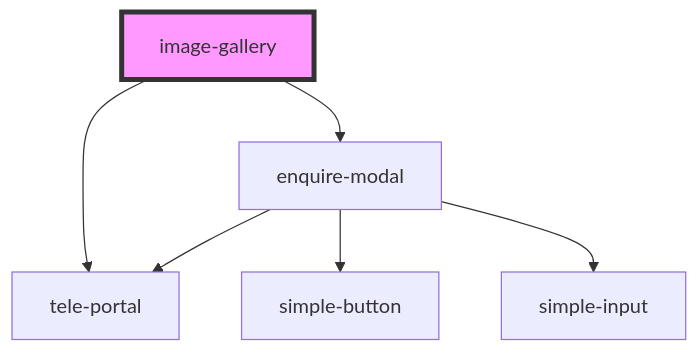
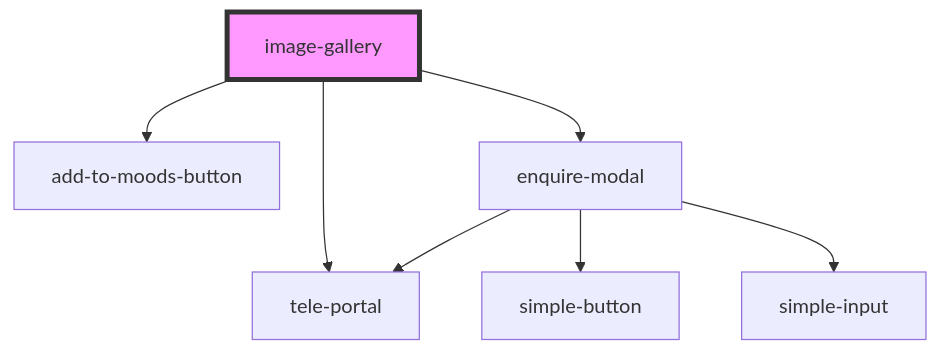
Before and after one commit to the-design-release/leibal-components: the diagram in src/components/image-gallery/readme.md, drawn with Mermaid. The commit also changed other lines of this file and 6 other files, not shown here.

Commit message:
:hammer: Add add-to-moods-button to image-gallery

````diff
--- a/src/components/image-gallery/readme.md
+++ b/src/components/image-gallery/readme.md
@@ -28,9 +30,10 @@
 ```mermaid
 graph TD;
   image-gallery --> tele-portal
+  image-gallery --> add-to-moods-button
   image-gallery --> enquire-modal
   enquire-modal --> simple-button
   enquire-modal --> tele-portal
   enquire-modal --> simple-input
   style image-gallery fill:#f9f,stroke:#333,stroke-width:4px
 ```
````
